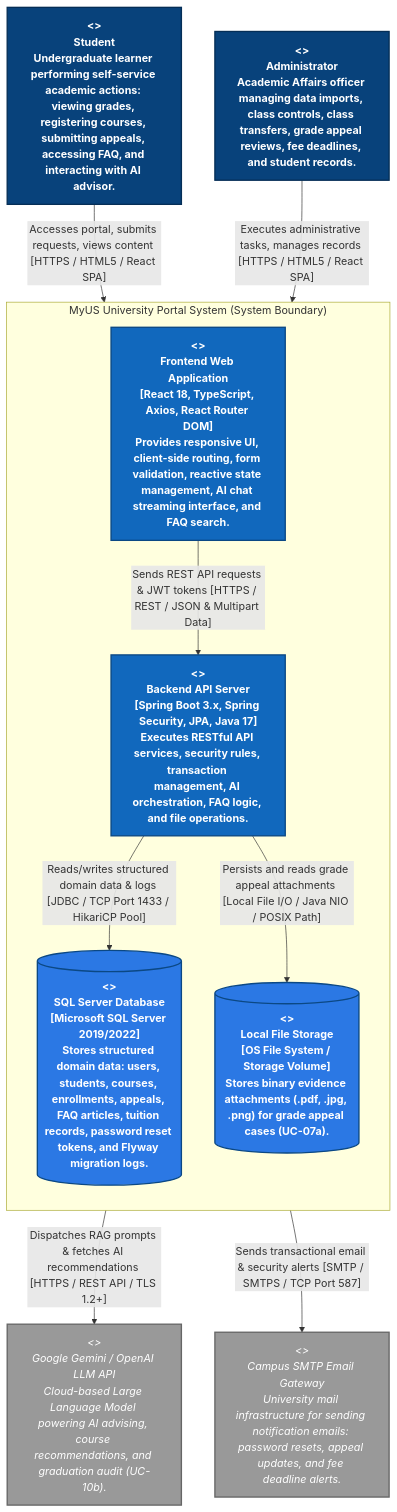
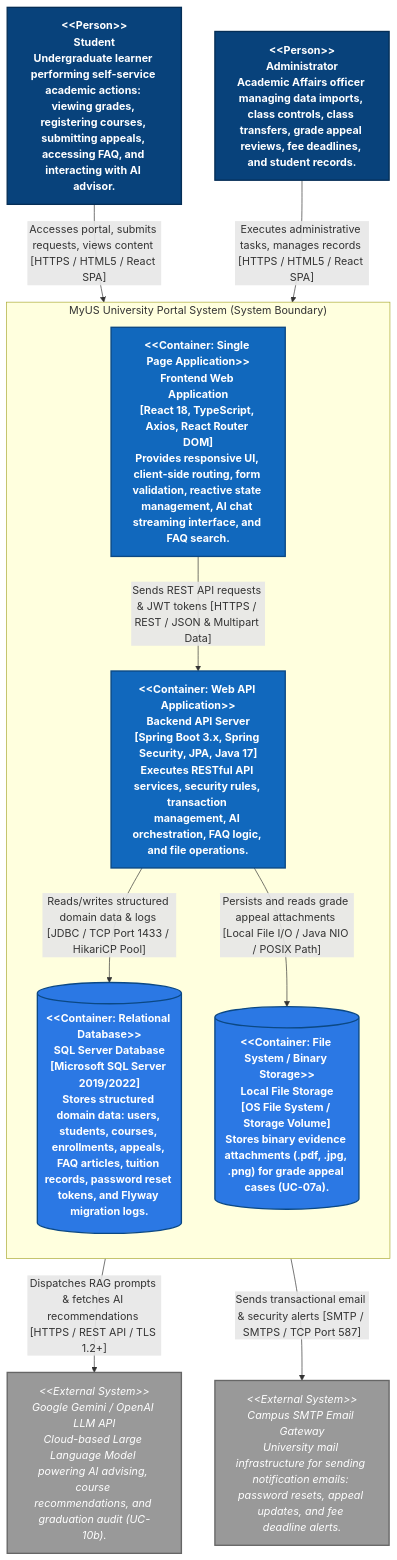
One commit to ltny24/Software-Engineering---Group-6 changed the first of 3 diagrams in docs/analysis-and-design/Section_C_Container_and_Component_Diagram.md. Above: the diagram before and after it, drawn with Mermaid. The commit also changed other lines of this file and 4 other files, not shown here.

Commit message:
fix mermaid display and readme

````diff
--- a/docs/analysis-and-design/Section_C_Container_and_Component_Diagram.md
+++ b/docs/analysis-and-design/Section_C_Container_and_Component_Diagram.md
@@ -25,43 +25,43 @@
 ```mermaid
 flowchart TB
     %% C4 Model Styling Definitions
     classDef person fill:#08427b,stroke:#052e56,stroke-width:2px,color:#ffffff,font-weight:bold
     classDef container fill:#1168bd,stroke:#0b4884,stroke-width:2px,color:#ffffff,font-weight:bold
     classDef database fill:#2b78e4,stroke:#0b4884,stroke-width:2px,color:#ffffff,font-weight:bold
     classDef external fill:#999999,stroke:#666666,stroke-width:2px,color:#ffffff,font-style:italic
 
     %% Primary Actors (People)
-    Student["<<Person>><br/>Student<br/>Undergraduate learner performing self-service academic actions: viewing grades, registering courses, submitting appeals, accessing FAQ, and interacting with AI advisor."]:::person
+    Student["&lt;&lt;Person&gt;&gt;<br>Student<br>Undergraduate learner performing self-service academic actions: viewing grades, registering courses, submitting appeals, accessing FAQ, and interacting with AI advisor."]:::person
 
-    Admin["<<Person>><br/>Administrator<br/>Academic Affairs officer managing data imports, class controls, class transfers, grade appeal reviews, fee deadlines, and student records."]:::person
+    Admin["&lt;&lt;Person&gt;&gt;<br>Administrator<br>Academic Affairs officer managing data imports, class controls, class transfers, grade appeal reviews, fee deadlines, and student records."]:::person
 
     %% System Boundary
     subgraph SystemBoundary ["MyUS University Portal System (System Boundary)"]
         direction TB
 
-        Frontend["<<Container: Single Page Application>><br/>Frontend Web Application<br/>[React 18, TypeScript, Axios, React Router DOM]<br/>Provides responsive UI, client-side routing, form validation, reactive state management, AI chat streaming interface, and FAQ search."]:::container
+        Frontend["&lt;&lt;Container: Single Page Application&gt;&gt;<br>Frontend Web Application<br>[React 18, TypeScript, Axios, React Router DOM]<br>Provides responsive UI, client-side routing, form validation, reactive state management, AI chat streaming interface, and FAQ search."]:::container
 
-        Backend["<<Container: Web API Application>><br/>Backend API Server<br/>[Spring Boot 3.x, Spring Security, JPA, Java 17]<br/>Executes RESTful API services, security rules, transaction management, AI orchestration, FAQ logic, and file operations."]:::container
+        Backend["&lt;&lt;Container: Web API Application&gt;&gt;<br>Backend API Server<br>[Spring Boot 3.x, Spring Security, JPA, Java 17]<br>Executes RESTful API services, security rules, transaction management, AI orchestration, FAQ logic, and file operations."]:::container
 
-        Database[("<<Container: Relational Database>><br/>SQL Server Database<br/>[Microsoft SQL Server 2019/2022]<br/>Stores structured domain data: users, students, courses, enrollments, appeals, FAQ articles, tuition records, password reset tokens, and Flyway migration logs.")]:::database
+        Database[("&lt;&lt;Container: Relational Database&gt;&gt;<br>SQL Server Database<br>[Microsoft SQL Server 2019/2022]<br>Stores structured domain data: users, students, courses, enrollments, appeals, FAQ articles, tuition records, password reset tokens, and Flyway migration logs.")]:::database
 
-        FileStorage[("<<Container: File System / Binary Storage>><br/>Local File Storage<br/>[OS File System / Storage Volume]<br/>Stores binary evidence attachments (.pdf, .jpg, .png) for grade appeal cases (UC-07a).")]:::database
+        FileStorage[("&lt;&lt;Container: File System / Binary Storage&gt;&gt;<br>Local File Storage<br>[OS File System / Storage Volume]<br>Stores binary evidence attachments (.pdf, .jpg, .png) for grade appeal cases (UC-07a).")]:::database
     end
 
     %% External Systems
-    GeminiAI["<<External System>><br/>Google Gemini / OpenAI LLM API<br/>Cloud-based Large Language Model powering AI advising, course recommendations, and graduation audit (UC-10b)."]:::external
+    GeminiAI["&lt;&lt;External System&gt;&gt;<br>Google Gemini / OpenAI LLM API<br>Cloud-based Large Language Model powering AI advising, course recommendations, and graduation audit (UC-10b)."]:::external
 
-    EmailGateway["<<External System>><br/>Campus SMTP Email Gateway<br/>University mail infrastructure for sending notification emails: password resets, appeal updates, and fee deadline alerts."]:::external
+    EmailGateway["&lt;&lt;External System&gt;&gt;<br>Campus SMTP Email Gateway<br>University mail infrastructure for sending notification emails: password resets, appeal updates, and fee deadline alerts."]:::external
 
     %% Communication Flows
     Student -->|"Accesses portal, submits requests, views content [HTTPS / HTML5 / React SPA]"| Frontend
     Admin -->|"Executes administrative tasks, manages records [HTTPS / HTML5 / React SPA]"| Frontend
 
     Frontend -->|"Sends REST API requests & JWT tokens [HTTPS / REST / JSON & Multipart Data]"| Backend
 
     Backend -->|"Reads/writes structured domain data & logs [JDBC / TCP Port 1433 / HikariCP Pool]"| Database
     Backend -->|"Persists and reads grade appeal attachments [Local File I/O / Java NIO / POSIX Path]"| FileStorage
 
     Backend -->|"Dispatches RAG prompts & fetches AI recommendations [HTTPS / REST API / TLS 1.2+]"| GeminiAI
     Backend -->|"Sends transactional email & security alerts [SMTP / SMTPS / TCP Port 587]"| EmailGateway
 ```
````
